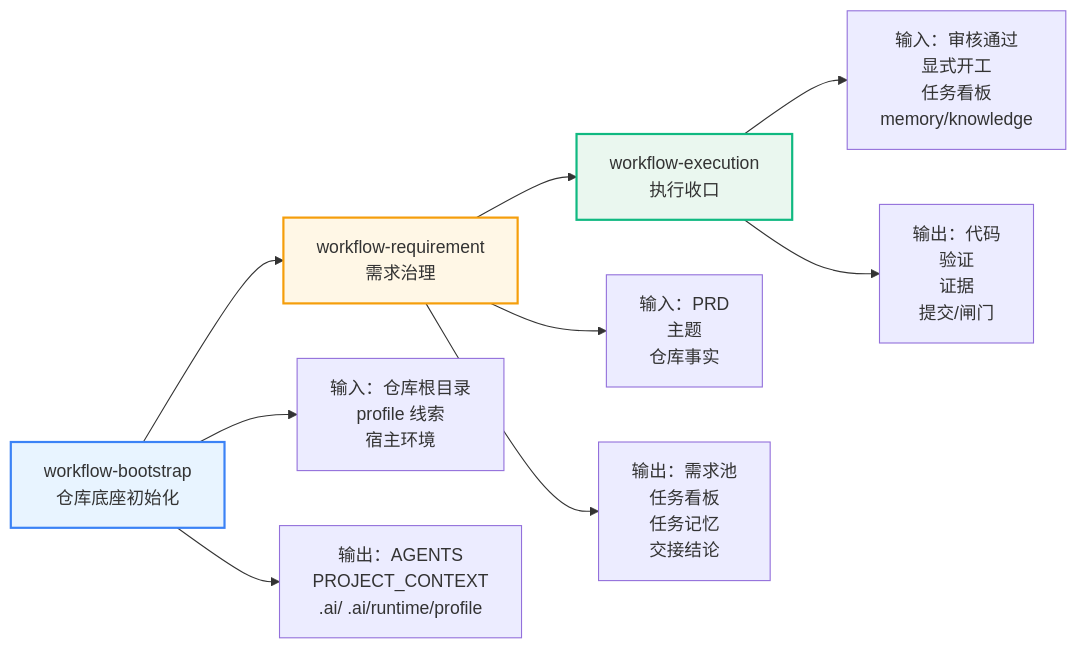
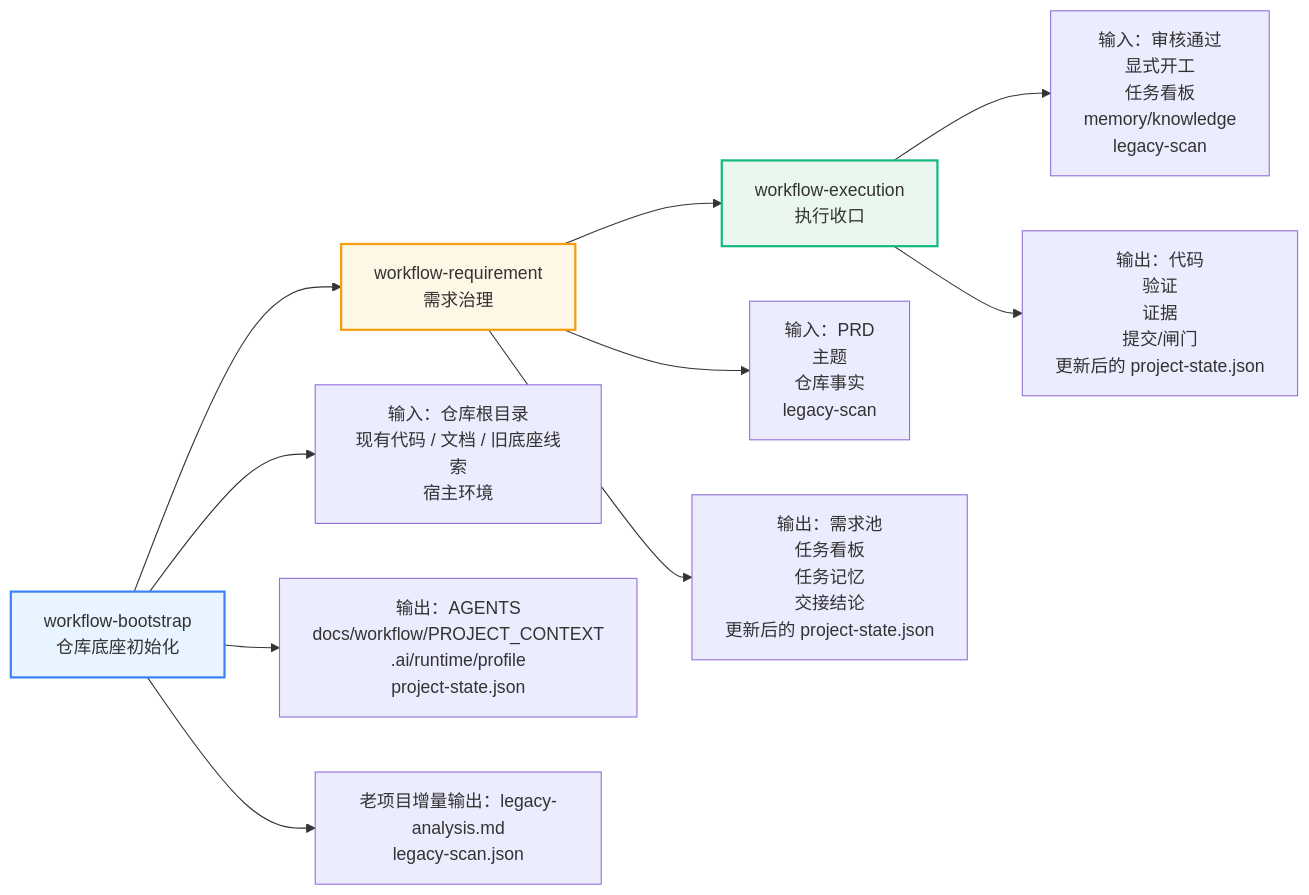
Before and after one commit to beyond-snail/workflow-skills: the first of 3 diagrams in 可视化草图.md, drawn with Mermaid. The commit also changed other lines of this file and 5 other files, not shown here.

````diff
--- a/可视化草图.md
+++ b/可视化草图.md
@@ -11,18 +11,19 @@
 ```mermaid
 flowchart LR
     A[workflow-bootstrap<br/>仓库底座初始化] --> B[workflow-requirement<br/>需求治理]
     B --> C[workflow-execution<br/>执行收口]
 
-    A --> A1[输入：仓库根目录<br/>profile 线索<br/>宿主环境]
-    A --> A2[输出：AGENTS<br/>PROJECT_CONTEXT<br/>.ai/ .ai/runtime/profile]
+    A --> A1[输入：仓库根目录<br/>现有代码 / 文档 / 旧底座线索<br/>宿主环境]
+    A --> A2[输出：AGENTS<br/>docs/workflow/PROJECT_CONTEXT<br/>.ai/runtime/profile<br/>project-state.json]
+    A --> A3[老项目增量输出：legacy-analysis.md<br/>legacy-scan.json]
 
-    B --> B1[输入：PRD<br/>主题<br/>仓库事实]
-    B --> B2[输出：需求池<br/>任务看板<br/>任务记忆<br/>交接结论]
+    B --> B1[输入：PRD<br/>主题<br/>仓库事实<br/>legacy-scan]
+    B --> B2[输出：需求池<br/>任务看板<br/>任务记忆<br/>交接结论<br/>更新后的 project-state.json]
 
-    C --> C1[输入：审核通过<br/>显式开工<br/>任务看板<br/>memory/knowledge]
-    C --> C2[输出：代码<br/>验证<br/>证据<br/>提交/闸门]
+    C --> C1[输入：审核通过<br/>显式开工<br/>任务看板<br/>memory/knowledge<br/>legacy-scan]
+    C --> C2[输出：代码<br/>验证<br/>证据<br/>提交/闸门<br/>更新后的 project-state.json]
 
     style A fill:#E8F4FF,stroke:#3B82F6,stroke-width:2px
     style B fill:#FFF7E6,stroke:#F59E0B,stroke-width:2px
     style C fill:#EAF7EF,stroke:#10B981,stroke-width:2px
 ```
````
